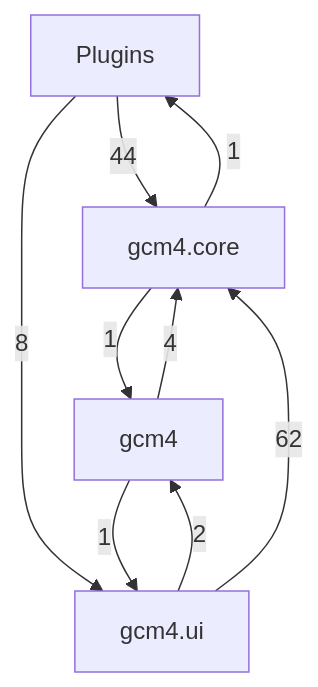
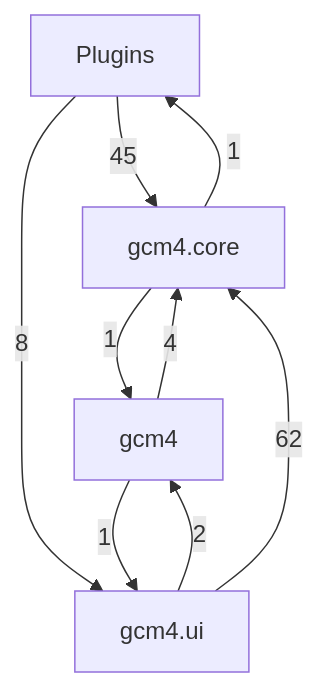
The first of 5 diagrams in docs/class-diagram.md (Mathilde-Team/Gcm4), drawn with Mermaid before and after one commit. The commit also changed other lines of this file and 36 other files, not shown here.

````diff
--- a/docs/class-diagram.md
+++ b/docs/class-diagram.md
@@ -21,15 +21,15 @@
 ```mermaid
 flowchart TD
     g0["Plugins"]
     g1["gcm4"]
     g2["gcm4.core"]
     g3["gcm4.ui"]
-    g0 -->|44| g2
+    g0 -->|45| g2
     g0 -->|8| g3
     g1 -->|4| g2
     g1 -->|1| g3
     g2 -->|1| g0
     g2 -->|1| g1
     g3 -->|2| g1
     g3 -->|62| g2
 ```
````
